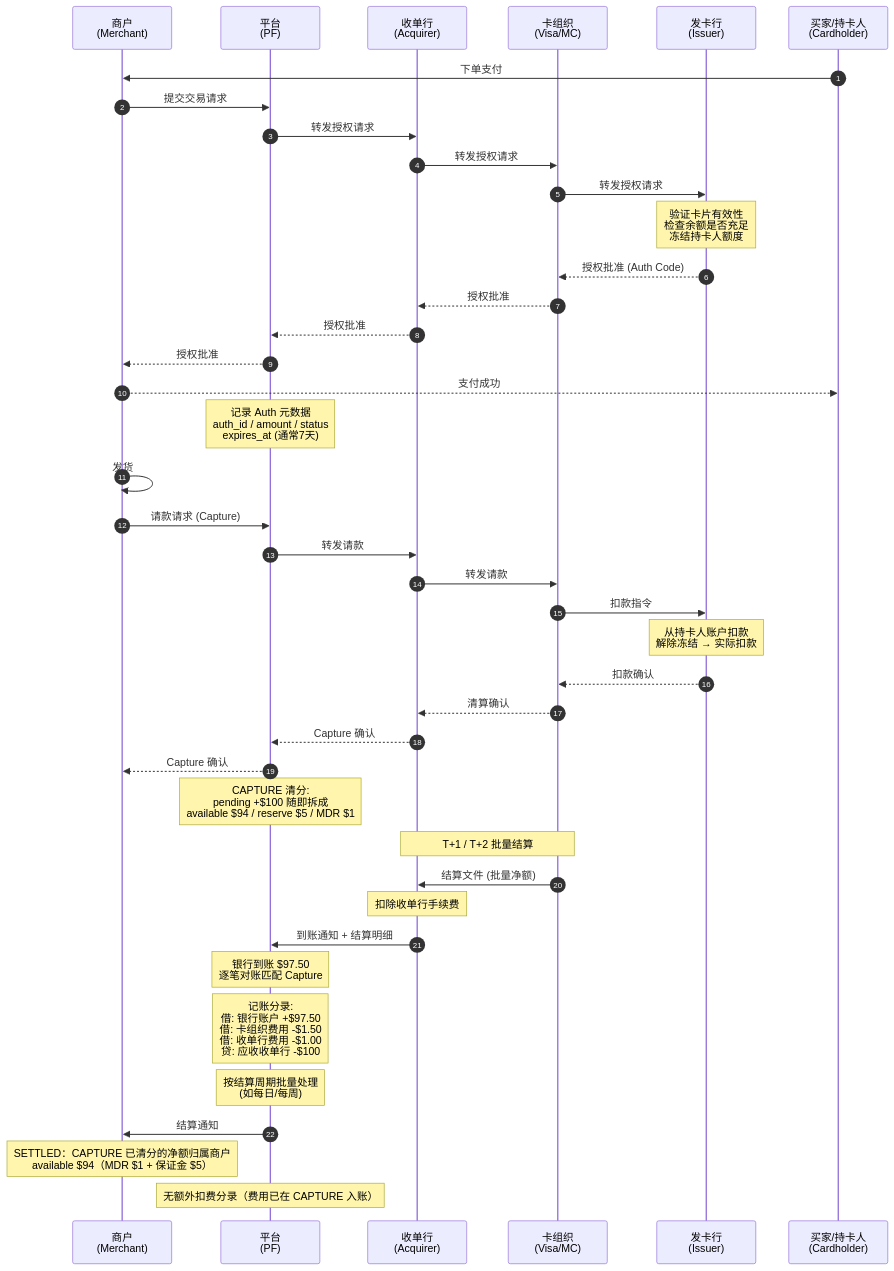
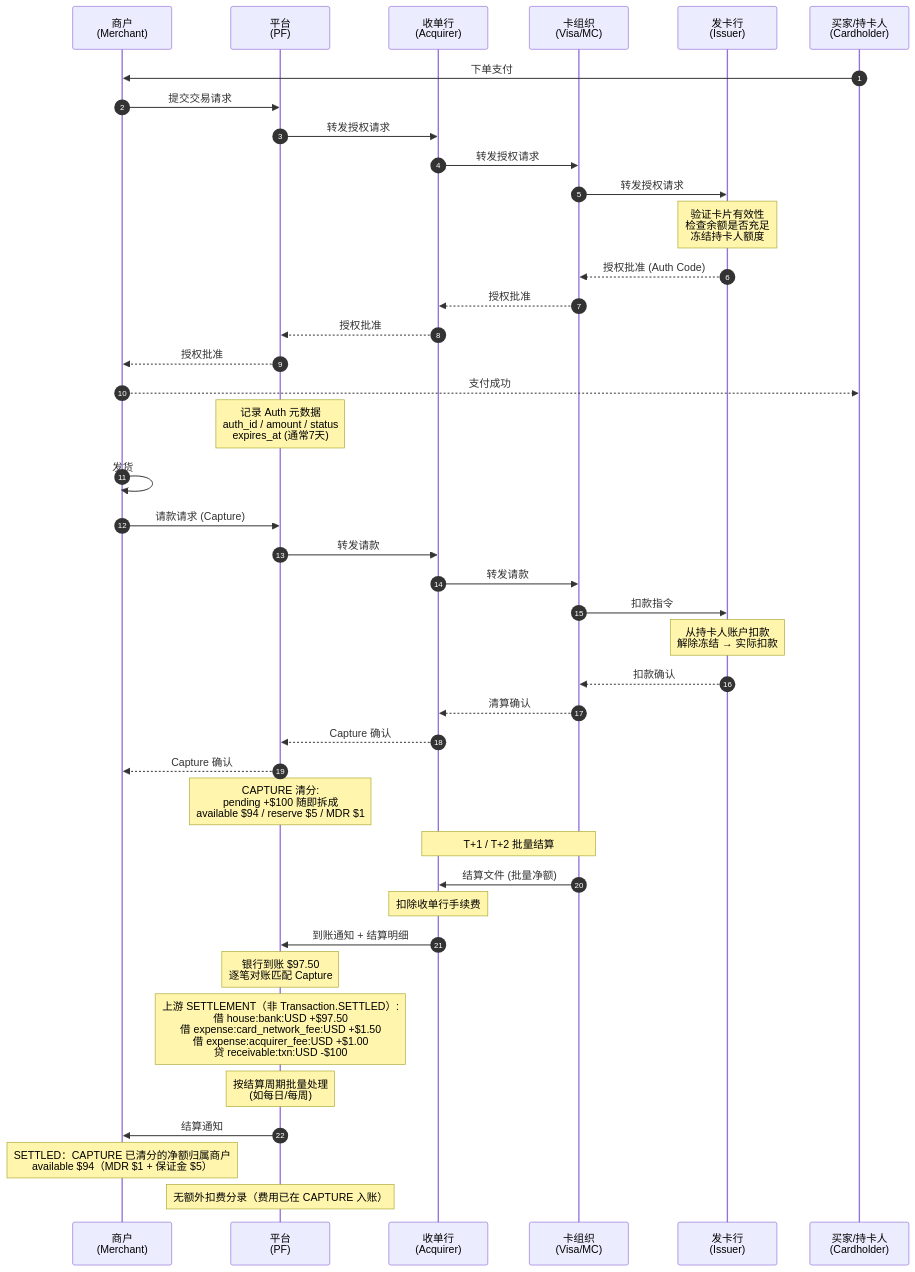
The diagram in docs/acquiring-information-flow.md (1aboveio/wallet-architecture), drawn with Mermaid before and after one commit. The commit also changed 10 other files, not shown here.

````diff
--- a/docs/acquiring-information-flow.md
+++ b/docs/acquiring-information-flow.md
@@ -3,70 +3,70 @@
 ```mermaid
 sequenceDiagram
     autonumber
     participant M as 商户<br>(Merchant)
     participant PF as 平台<br>(PF)
     participant Acq as 收单行<br>(Acquirer)
     participant CN as 卡组织<br>(Visa/MC)
     participant Iss as 发卡行<br>(Issuer)
     participant C as 买家/持卡人<br>(Cardholder)
 
     box rgb(230,245,255) ① AUTH 授权
     end
 
     C->>M: 下单支付
     M->>PF: 提交交易请求
     PF->>Acq: 转发授权请求
     Acq->>CN: 转发授权请求
     CN->>Iss: 转发授权请求
 
     Note over Iss: 验证卡片有效性<br>检查余额是否充足<br>冻结持卡人额度
 
     Iss-->>CN: 授权批准 (Auth Code)
     CN-->>Acq: 授权批准
     Acq-->>PF: 授权批准
     PF-->>M: 授权批准
     M-->>C: 支付成功
 
     Note over PF: 记录 Auth 元数据<br>auth_id / amount / status<br>expires_at (通常7天)
 
     box rgb(255,245,230) ② CAPTURE 请款
     end
 
     M->>M: 发货
     M->>PF: 请款请求 (Capture)
     PF->>Acq: 转发请款
     Acq->>CN: 转发请款
     CN->>Iss: 扣款指令
 
     Note over Iss: 从持卡人账户扣款<br>解除冻结 → 实际扣款
 
     Iss-->>CN: 扣款确认
     CN-->>Acq: 清算确认
     Acq-->>PF: Capture 确认
     PF-->>M: Capture 确认
 
     Note over PF: CAPTURE 清分:<br>pending +$100 随即拆成<br>available $94 / reserve $5 / MDR $1
 
     box rgb(230,255,230) ③ SETTLE 收单行 → PF
     end
 
     Note over CN,Acq: T+1 / T+2 批量结算
 
     CN->>Acq: 结算文件 (批量净额)
     Note over Acq: 扣除收单行手续费
 
     Acq->>PF: 到账通知 + 结算明细
     Note over PF: 银行到账 $97.50<br>逐笔对账匹配 Capture
 
-    Note over PF: 记账分录:<br>借: 银行账户 +$97.50<br>借: 卡组织费用 -$1.50<br>借: 收单行费用 -$1.00<br>贷: 应收收单行 -$100
+    Note over PF: 上游 SETTLEMENT（非 Transaction.SETTLED）:<br>借 house:bank:USD +$97.50<br>借 expense:card_network_fee:USD +$1.50<br>借 expense:acquirer_fee:USD +$1.00<br>贷 receivable:txn:USD -$100
 
     box rgb(255,230,255) ④ SETTLE PF → 商户
     end
 
     Note over PF: 按结算周期批量处理<br>(如每日/每周)
 
     PF->>M: 结算通知
     Note over M: SETTLED：CAPTURE 已清分的净额归属商户<br>available $94（MDR $1 + 保证金 $5）
 
     Note over PF: 无额外扣费分录（费用已在 CAPTURE 入账）
 ```
````
